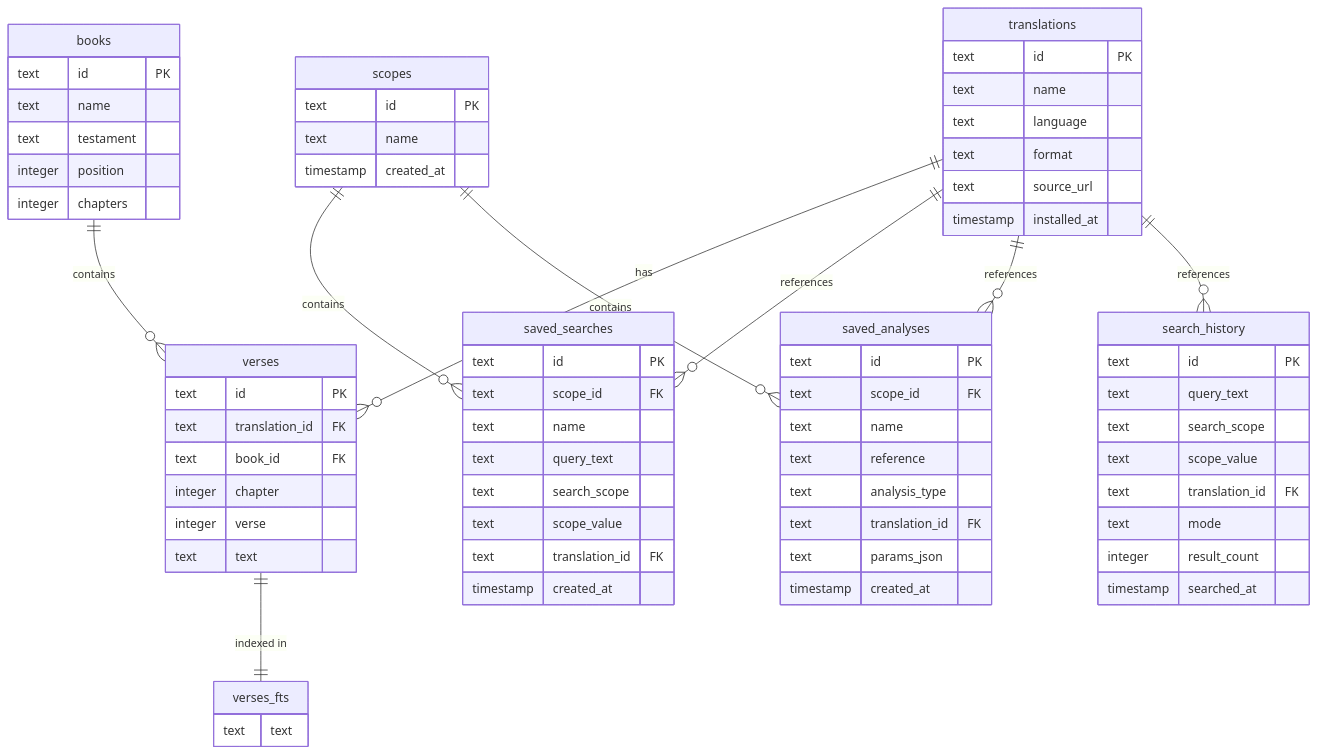
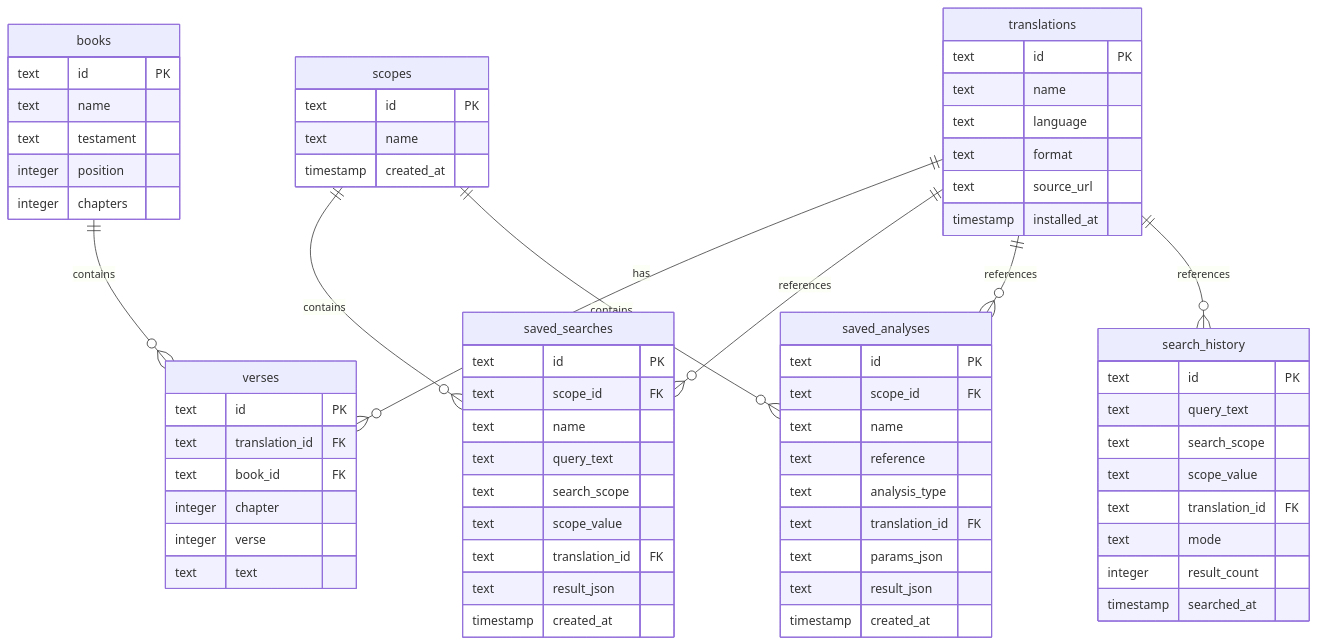
One commit to mvirtai/clible-v3-go changed the diagram in docs/architecture/database.md. Above: the diagram before and after it, drawn with Mermaid. The commit also changed other lines of this file and 6 other files, not shown here.

````diff
--- a/docs/architecture/database.md
+++ b/docs/architecture/database.md
@@ -11,80 +13,77 @@
 ```mermaid
 erDiagram
     books {
         text id PK
         text name
         text testament
         integer position
         integer chapters
     }
 
     translations {
         text id PK
         text name
         text language
         text format
         text source_url
         timestamp installed_at
     }
 
     verses {
         text id PK
         text translation_id FK
         text book_id FK
         integer chapter
         integer verse
         text text
     }
 
-    verses_fts {
-        text text
-    }
-
     scopes {
         text id PK
         text name
         timestamp created_at
     }
 
     saved_searches {
         text id PK
         text scope_id FK
         text name
         text query_text
         text search_scope
         text scope_value
         text translation_id FK
+        text result_json
         timestamp created_at
     }
 
     saved_analyses {
         text id PK
         text scope_id FK
         text name
         text reference
         text analysis_type
         text translation_id FK
         text params_json
+        text result_json
         timestamp created_at
     }
 
     search_history {
         text id PK
         text query_text
         text search_scope
         text scope_value
         text translation_id FK
         text mode
         integer result_count
         timestamp searched_at
     }
 
     translations ||--o{ verses : "has"
     books ||--o{ verses : "contains"
-    verses ||--|| verses_fts : "indexed in"
     scopes ||--o{ saved_searches : "contains"
     scopes ||--o{ saved_analyses : "contains"
     translations ||--o{ saved_searches : "references"
     translations ||--o{ saved_analyses : "references"
     translations ||--o{ search_history : "references"
 ```
````
